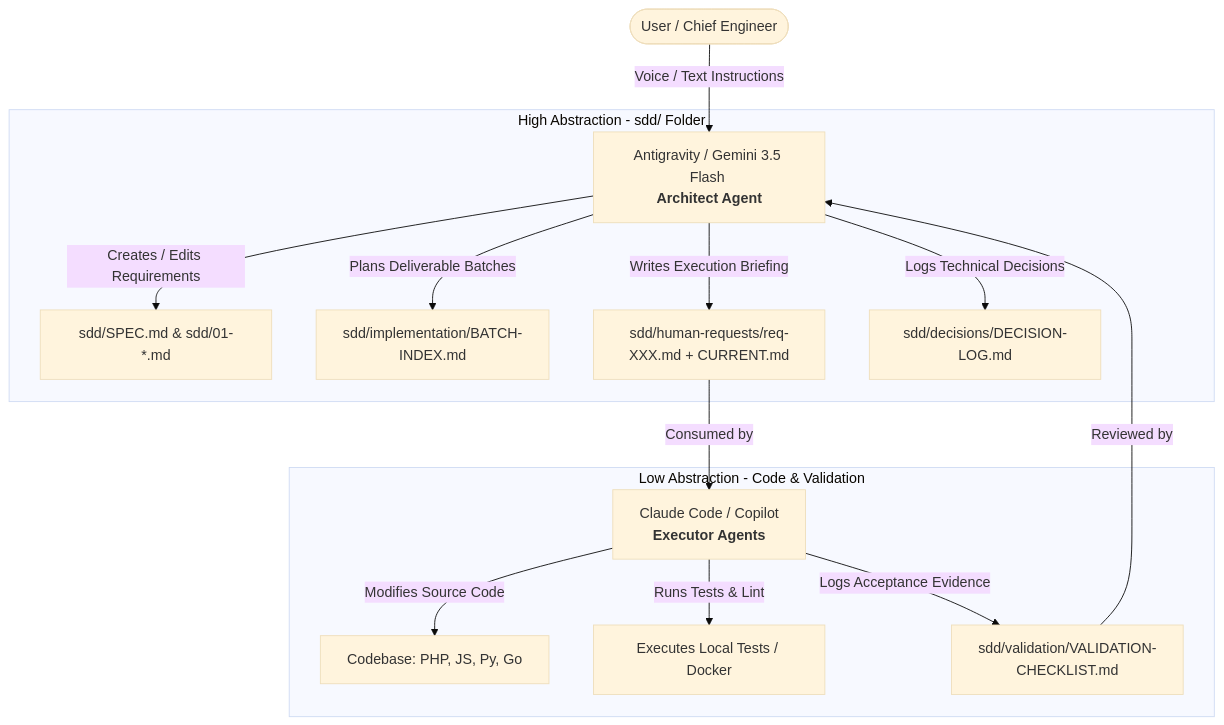
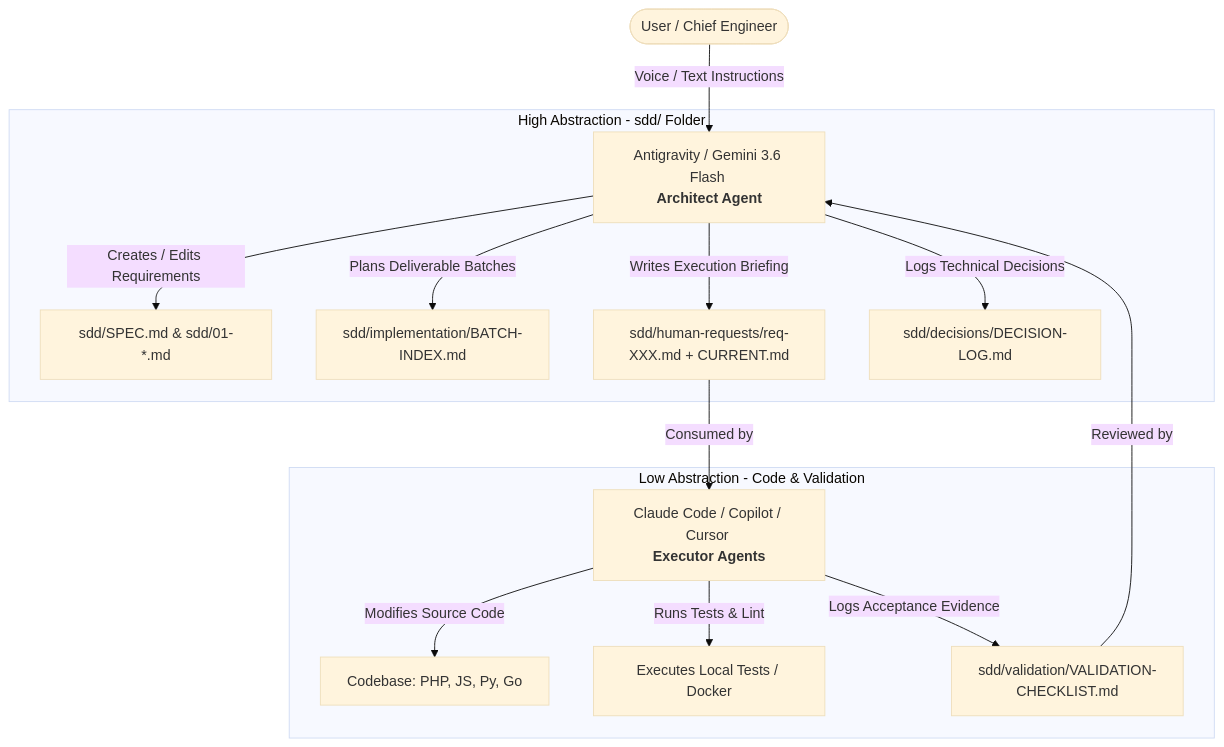
One commit to otavioserra/conn2flow-ai-workspace changed the diagram in README.md. Above: the diagram before and after it, drawn with Mermaid (base theme). The commit also changed other lines of this file and 1 other file, not shown here.

Commit message:
docs: update README diagram to Gemini 3.6 Flash, Cursor Executor, and fix Chief & Execution title

````diff
--- a/README.md
+++ b/README.md
@@ -13,21 +13,21 @@
 ```mermaid
 graph TD
-    User([User / Chief Engineer]) -->|Voice / Text Instructions| Architect[Antigravity / Gemini 3.5 Flash <br/><b>Architect Agent</b>]
+    User([User / Chief Engineer]) -->|Voice / Text Instructions| Architect[Antigravity / Gemini 3.6 Flash <br/><b>Architect Agent</b>]
     
     subgraph High Abstraction - sdd/ Folder
         Architect -->|Creates / Edits Requirements| Specs[sdd/SPEC.md & sdd/01-*.md]
         Architect -->|Plans Deliverable Batches| Batches[sdd/implementation/BATCH-INDEX.md]
         Architect -->|Writes Execution Briefing| Brief[sdd/human-requests/req-XXX.md + CURRENT.md]
         Architect -->|Logs Technical Decisions| Decisions[sdd/decisions/DECISION-LOG.md]
     end
 
-    Brief -->|Consumed by| Executor[Claude Code / Copilot <br/><b>Executor Agents</b>]
+    Brief -->|Consumed by| Executor[Claude Code / Copilot / Cursor <br/><b>Executor Agents</b>]
 
     subgraph Low Abstraction - Code & Validation
         Executor -->|Modifies Source Code| SrcCode[Codebase: PHP, JS, Py, Go]
         Executor -->|Runs Tests & Lint| Tests[Executes Local Tests / Docker]
         Executor -->|Logs Acceptance Evidence| Validation[sdd/validation/VALIDATION-CHECKLIST.md]
     end
 
     Validation -->|Reviewed by| Architect
 ```
````
